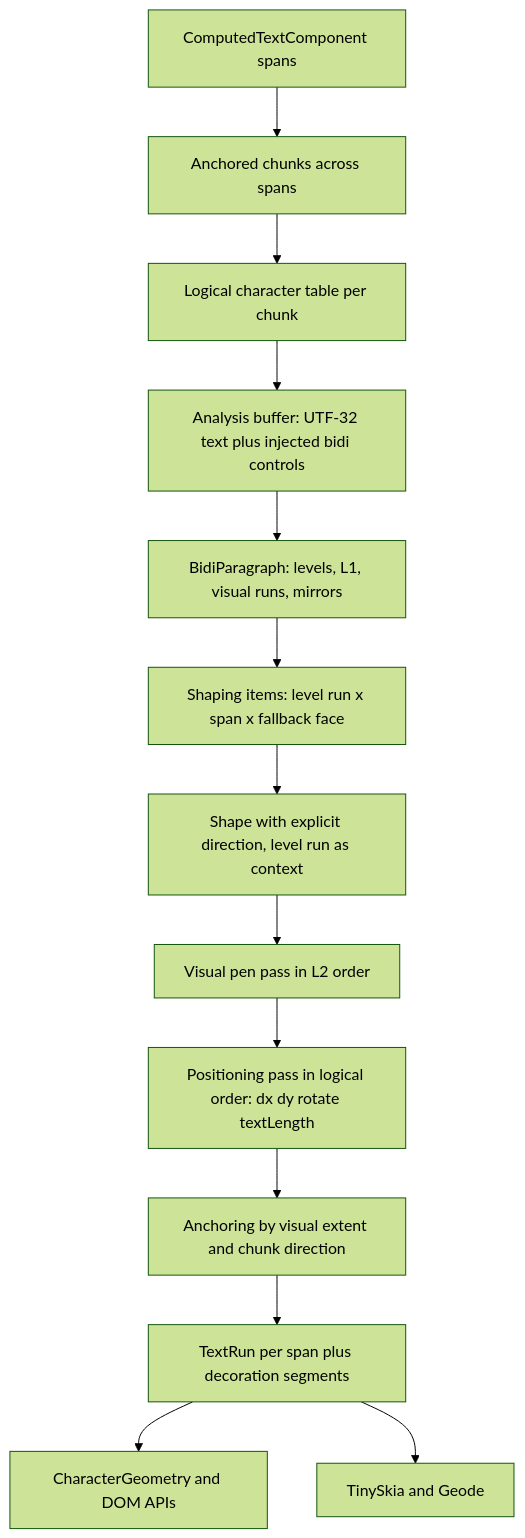
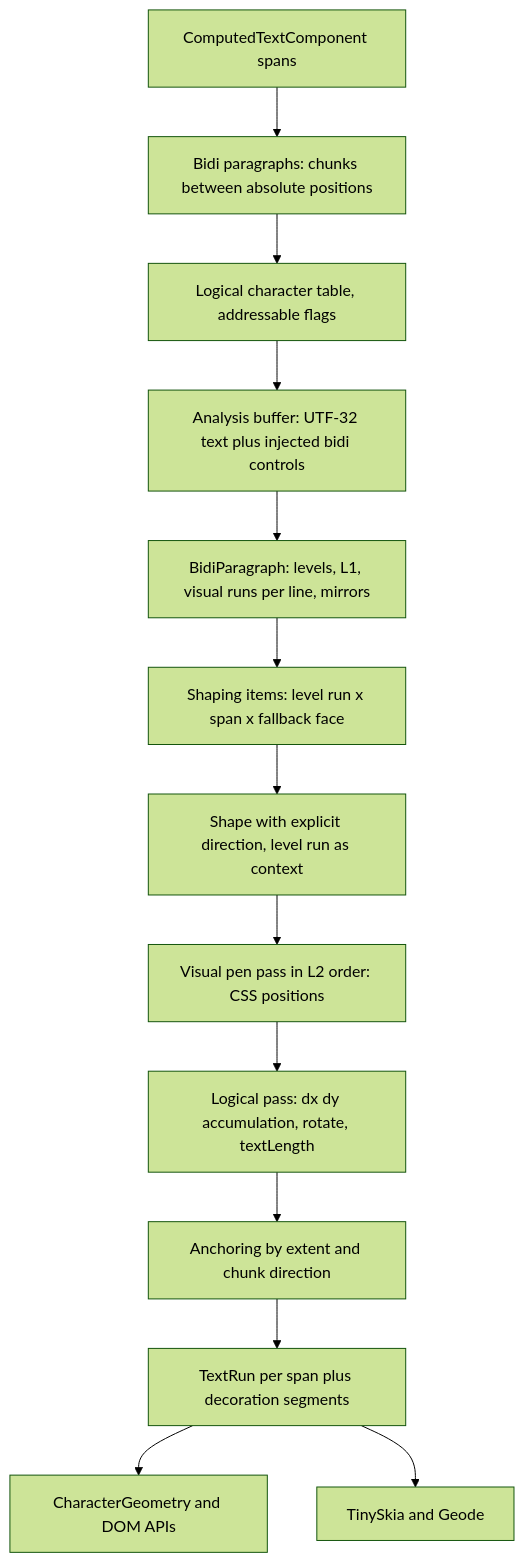
Before and after one commit to jwmcglynn/donner: the diagram in docs/design_docs/0069-bidi_text_layout.md, drawn with Mermaid (forest theme). The commit also changed other lines of this file, not shown here.

First line of the commit message:
Revise bidi design for logical shifts, SVG 2 anchoring and size limits

````diff
--- a/docs/design_docs/0069-bidi_text_layout.md
+++ b/docs/design_docs/0069-bidi_text_layout.md
@@ -238,15 +281,15 @@
 ```mermaid
 flowchart TD
-  A[ComputedTextComponent spans] --> B[Anchored chunks across spans]
-  B --> C[Logical character table per chunk]
+  A[ComputedTextComponent spans] --> B[Bidi paragraphs: chunks between absolute positions]
+  B --> C[Logical character table, addressable flags]
   C --> D[Analysis buffer: UTF-32 text plus injected bidi controls]
-  D --> E[BidiParagraph: levels, L1, visual runs, mirrors]
+  D --> E[BidiParagraph: levels, L1, visual runs per line, mirrors]
   E --> F[Shaping items: level run x span x fallback face]
   F --> G[Shape with explicit direction, level run as context]
-  G --> H[Visual pen pass in L2 order]
-  H --> I[Positioning pass in logical order: dx dy rotate textLength]
-  I --> J[Anchoring by visual extent and chunk direction]
+  G --> H[Visual pen pass in L2 order: CSS positions]
+  H --> I[Logical pass: dx dy accumulation, rotate, textLength]
+  I --> J[Anchoring by extent and chunk direction]
   J --> K[TextRun per span plus decoration segments]
   K --> L[CharacterGeometry and DOM APIs]
   K --> M[TinySkia and Geode]
 ```
````
